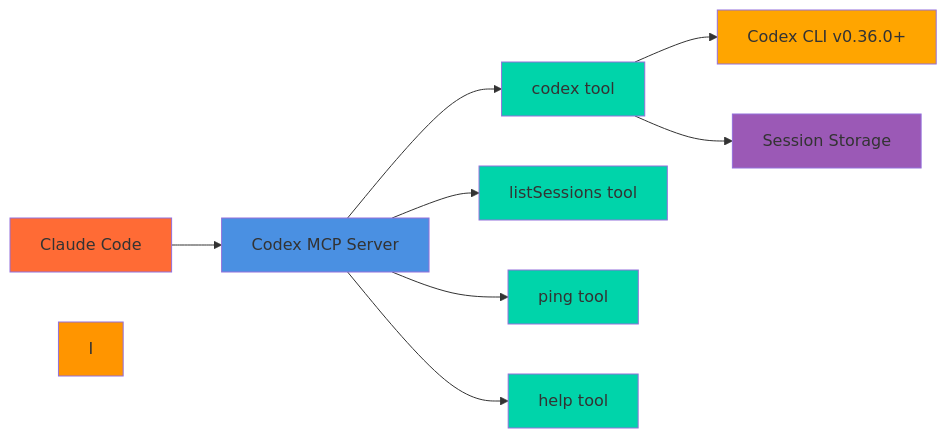
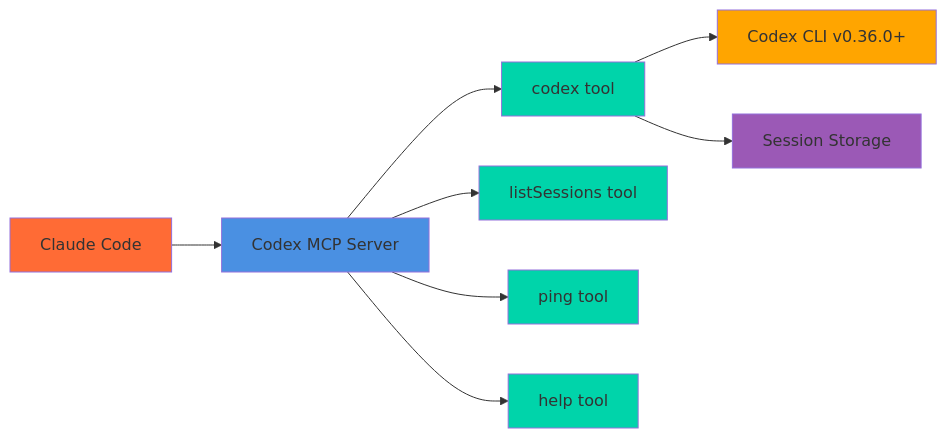
Before and after one commit to tuannvm/codex-mcp-server: the diagram in README.md, drawn with Mermaid.

Commit message:
docs(README.md): Remove unnecessary style I line

````diff
--- a/README.md
+++ b/README.md
@@ -5,22 +5,21 @@
 ```mermaid
 graph LR
     A[Claude Code] --> B[Codex MCP Server]
 
     B --> C[codex tool]
     B --> D[listSessions tool]
     B --> E[ping tool]
     B --> F[help tool]
 
     C --> G[Codex CLI v0.36.0+]
     C --> H[Session Storage]
 
     style A fill:#FF6B35
     style B fill:#4A90E2
     style C fill:#00D4AA
     style D fill:#00D4AA
     style E fill:#00D4AA
     style F fill:#00D4AA
     style G fill:#FFA500
     style H fill:#9B59B6
-    style I fill:#FF9500
 ```
````
